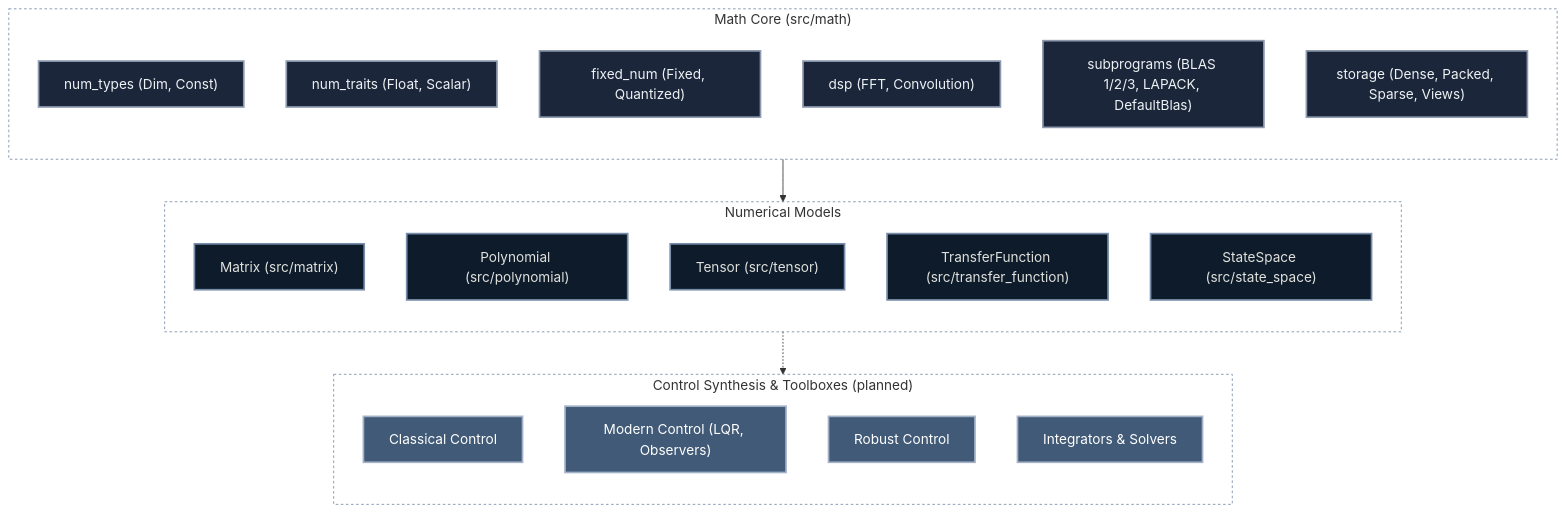
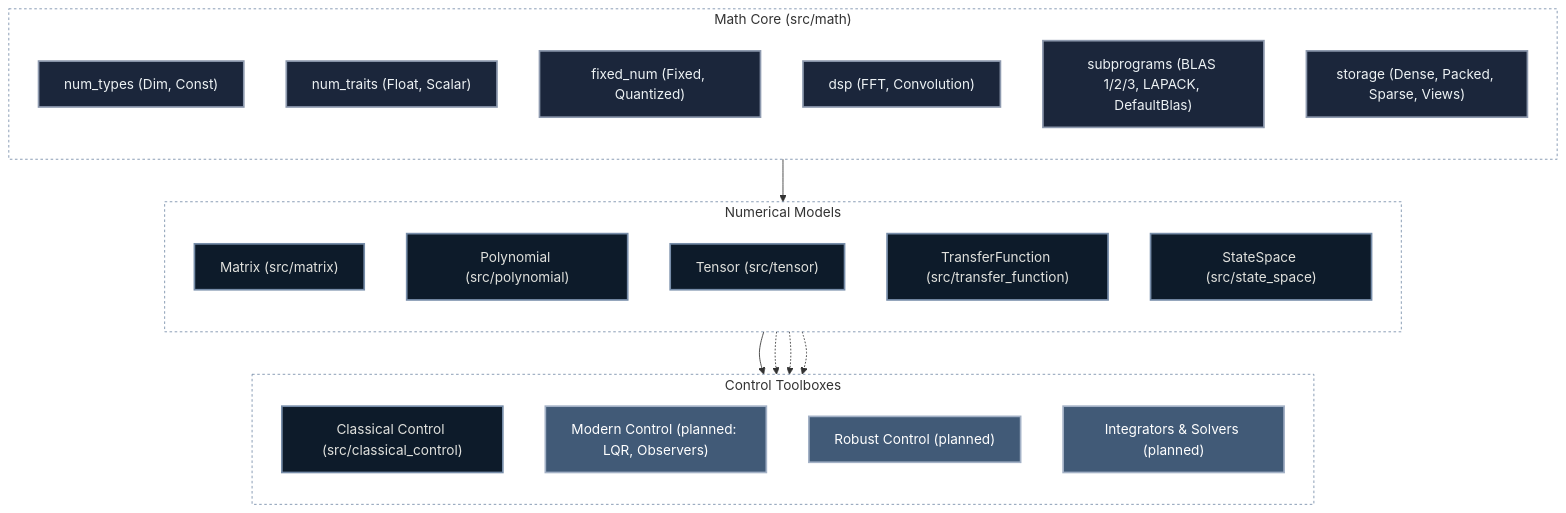
Before and after one commit to Dyse-Industries/control-rs: the diagram in README.md, drawn with Mermaid. The commit also changed other lines of this file and 28 other files, not shown here.

````diff
--- a/README.md
+++ b/README.md
@@ -25,42 +25,45 @@
 ```mermaid
 ---
 config:
   layout: dagre
 ---
 flowchart TB
     subgraph Math["Math Core (src/math)"]
         direction TB
         NumTypes["num_types (Dim, Const)"]:::external
         NumTraits["num_traits (Float, Scalar)"]:::external
         FixedNum["fixed_num (Fixed, Quantized)"]:::external
         DspCore["dsp (FFT, Convolution)"]:::external
         Subprograms["subprograms (BLAS 1/2/3, LAPACK, DefaultBlas)"]:::external
         Storage["storage (Dense, Packed, Sparse, Views)"]:::external
     end
 
     subgraph Models["Numerical Models"]
         direction TB
         Matrix["Matrix (src/matrix)"]:::core
         Polynomial["Polynomial (src/polynomial)"]:::core
         Tensor["Tensor (src/tensor)"]:::core
         TransferFunction["TransferFunction (src/transfer_function)"]:::core
         StateSpace["StateSpace (src/state_space)"]:::core
     end
 
-    subgraph Tools["Control Synthesis & Toolboxes (planned)"]
+    subgraph Tools["Control Toolboxes"]
         direction TB
-        Classical["Classical Control"]:::tools
-        Modern["Modern Control (LQR, Observers)"]:::tools
-        Robust["Robust Control"]:::tools
-        Integrators["Integrators & Solvers"]:::tools
+        Classical["Classical Control (src/classical_control)"]:::core
+        Modern["Modern Control (planned: LQR, Observers)"]:::tools
+        Robust["Robust Control (planned)"]:::tools
+        Integrators["Integrators & Solvers (planned)"]:::tools
     end
 
     Math --> Models
-    Models -.-> Tools
+    Models --> Classical
+    Models -.-> Modern
+    Models -.-> Robust
+    Models -.-> Integrators
     classDef core fill: #0d1b2a, stroke: #778da9, stroke-width: 2px, color: #e0e1dd
     classDef external fill: #1b263b, stroke: #8d99ae, stroke-width: 2px, color: #edf2f4
     classDef tools fill: #415a77, stroke: #a3b1c6, stroke-width: 2px, color: #ffffff
     style Models fill: transparent, stroke: #778da9, stroke-width: 1px, stroke-dasharray: 3 3
     style Math fill: transparent, stroke: #778da9, stroke-width: 1px, stroke-dasharray: 3 3
     style Tools fill: transparent, stroke: #778da9, stroke-width: 1px, stroke-dasharray: 3 3
 ```
````
